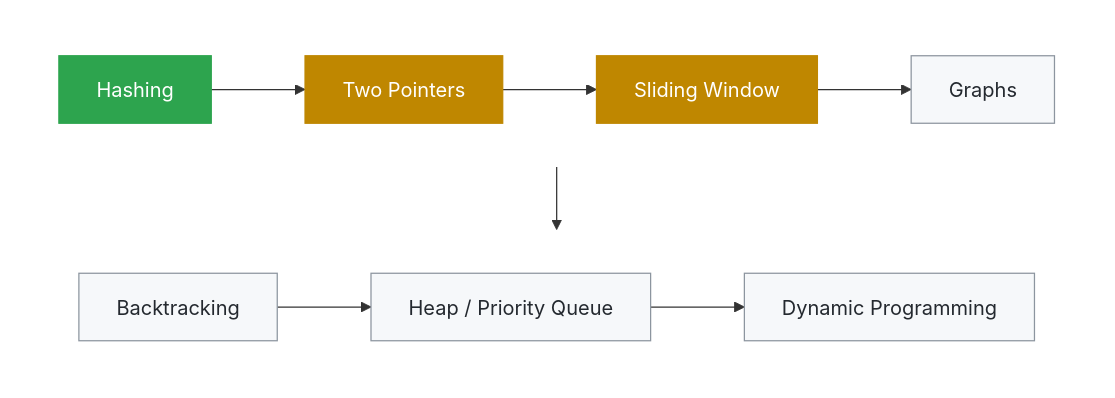
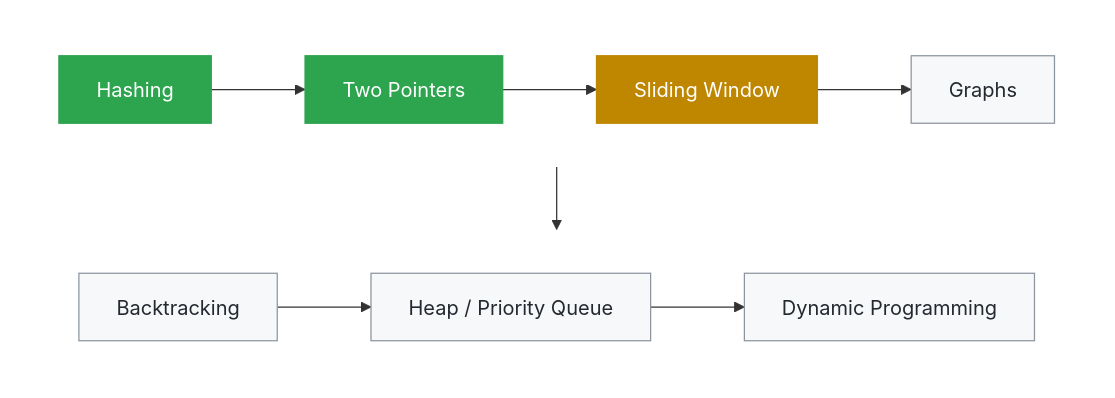
Before and after one commit to yuviyashu/java-dsa-patterns: the diagram in README.md, drawn with Mermaid. The commit also changed other lines of this file and 2 other files, not shown here.

Commit message:
Add 3Sum (Two Pointers) — sort, fix one, two-pointer scan the rest

````diff
--- a/README.md
+++ b/README.md
@@ -16,20 +16,20 @@
 ```mermaid
 flowchart TB
     subgraph row1 [" "]
         direction LR
         A[Hashing] --> B[Two Pointers] --> C[Sliding Window] --> D[Graphs]
     end
     subgraph row2 [" "]
         direction LR
         E[Backtracking] --> F[Heap / Priority Queue] --> G[Dynamic Programming]
     end
     row1 --> row2
     style row1 fill:none,stroke:none
     style row2 fill:none,stroke:none
     classDef done fill:#2da44e,color:#fff,stroke:#2da44e
     classDef inprogress fill:#bf8700,color:#fff,stroke:#bf8700
     classDef next fill:#f6f8fa,color:#24292f,stroke:#8c959f
-    class A done
-    class B,C inprogress
+    class A,B done
+    class C inprogress
     class D,E,F,G next
 ```
````
